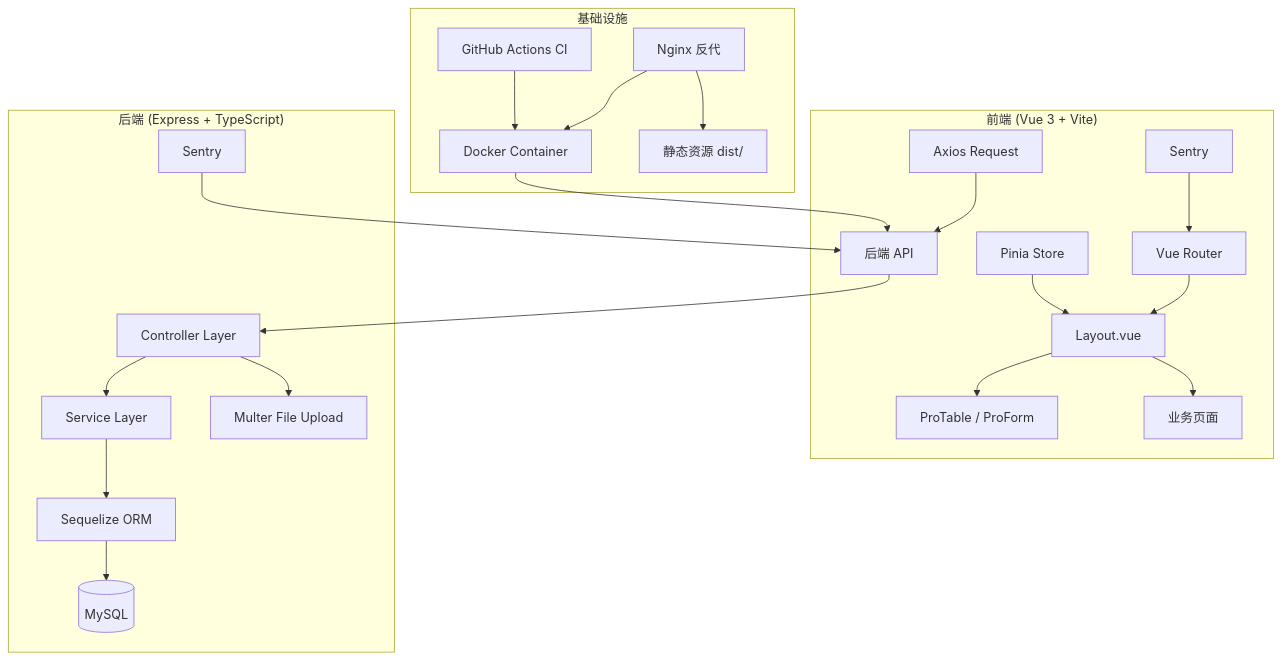
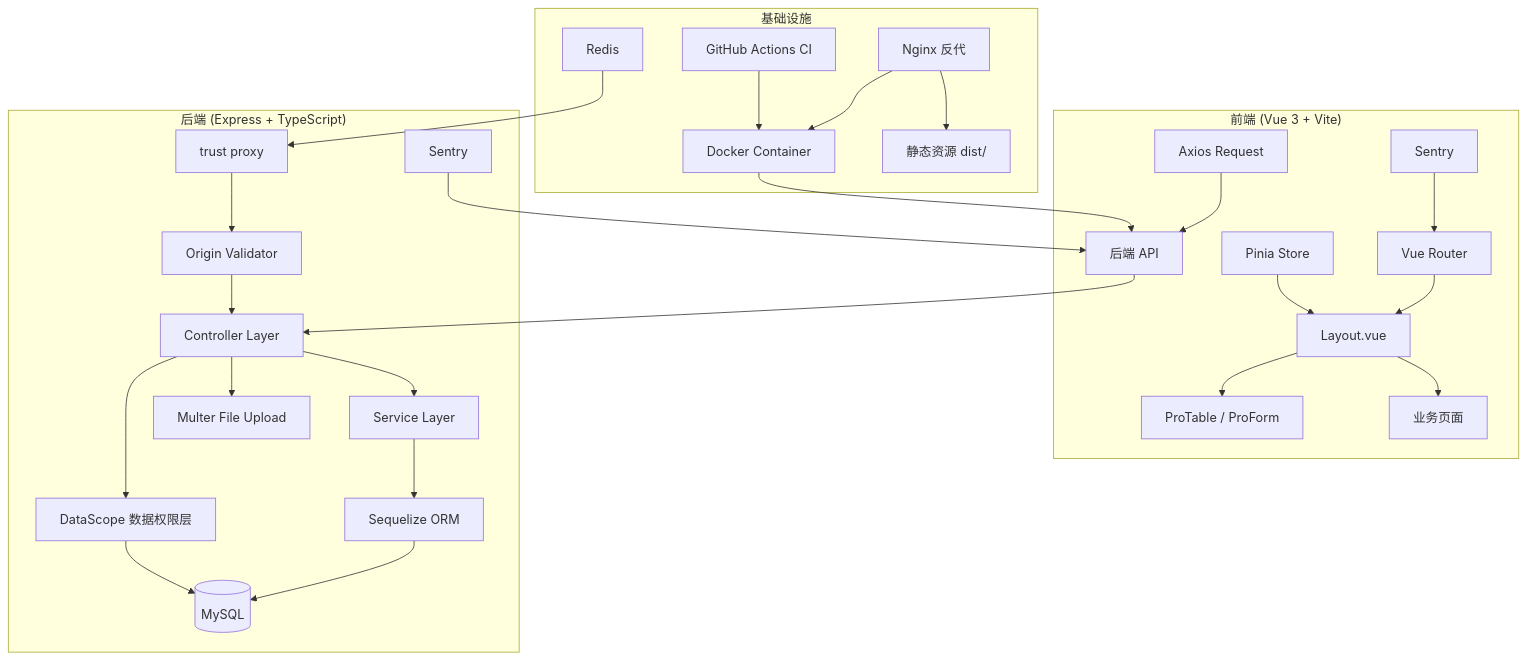
One commit to GHchenjingqi/vueAdmin changed the diagram in README.md. Above: the diagram before and after it, drawn with Mermaid. The commit also changed other lines of this file and 13 other files, not shown here.

````diff
--- a/README.md
+++ b/README.md
@@ -54,27 +58,32 @@
 ```mermaid
 graph TD
   subgraph "前端 (Vue 3 + Vite)"
     A[Vue Router] --> B[Layout.vue]
     B --> C[ProTable / ProForm]
     B --> D[业务页面]
     E[Pinia Store] --> B
     F[Axios Request] --> G[后端 API]
     H[Sentry] --> A
   end
 
   subgraph "后端 (Express + TypeScript)"
     G --> I[Controller Layer]
     I --> J[Service Layer]
     J --> K[Sequelize ORM]
     K --> L[(MySQL)]
     I --> M[Multer File Upload]
     N[Sentry] --> G
+    I --> O[DataScope 数据权限层]
+    O --> L
+    P[Origin Validator] --> I
+    Q[trust proxy] --> P
   end
 
   subgraph "基础设施"
-    O[Nginx 反代] --> P[Docker Container]
-    P --> G
-    O --> Q[静态资源 dist/]
-    R[GitHub Actions CI] --> P
+    R[Nginx 反代] --> S[Docker Container]
+    S --> G
+    R --> T[静态资源 dist/]
+    U[GitHub Actions CI] --> S
+    V[Redis] --> Q
   end
 ```
````
